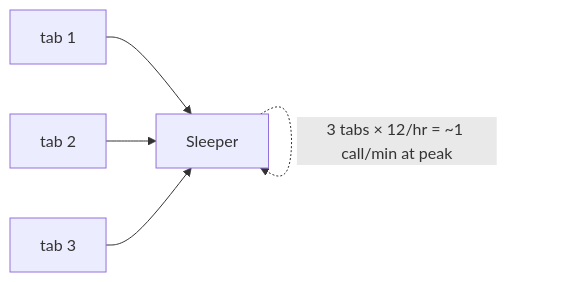
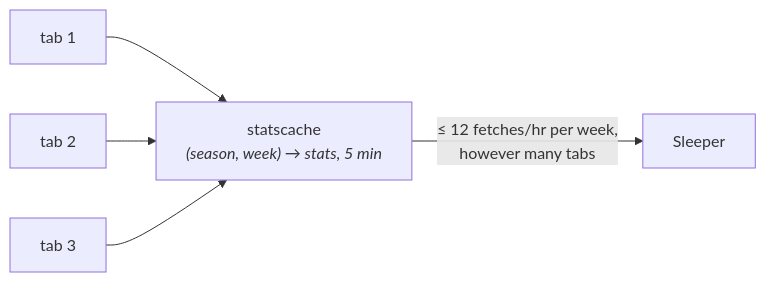
Before and after one commit to eshifrin-606/bojjaes: the sixth of 9 diagrams in docs/architecture.md, drawn with Mermaid. The commit also changed other lines of this file and 18 other files, not shown here.

````diff
--- a/docs/architecture.md
+++ b/docs/architecture.md
@@ -112,7 +184,7 @@
 ```mermaid
 graph LR
-    t1["tab 1"] --> S["Sleeper"]
-    t2["tab 2"] --> S
-    t3["tab 3"] --> S
-    S -.->|"3 tabs × 12/hr = ~1 call/min at peak"| S
+    t1["tab 1"] --> C["statscache<br/><i>(season, week) → stats, 5 min</i>"]
+    t2["tab 2"] --> C
+    t3["tab 3"] --> C
+    C -->|"≤ 12 fetches/hr per week,<br/>however many tabs"| S["Sleeper"]
 ```
````
